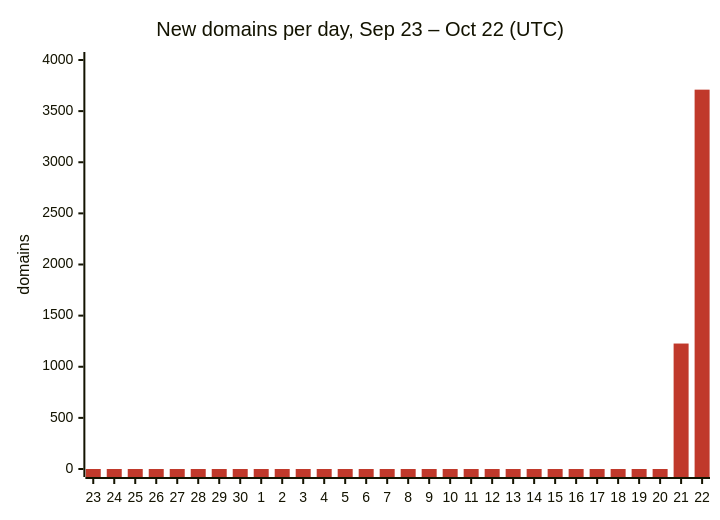
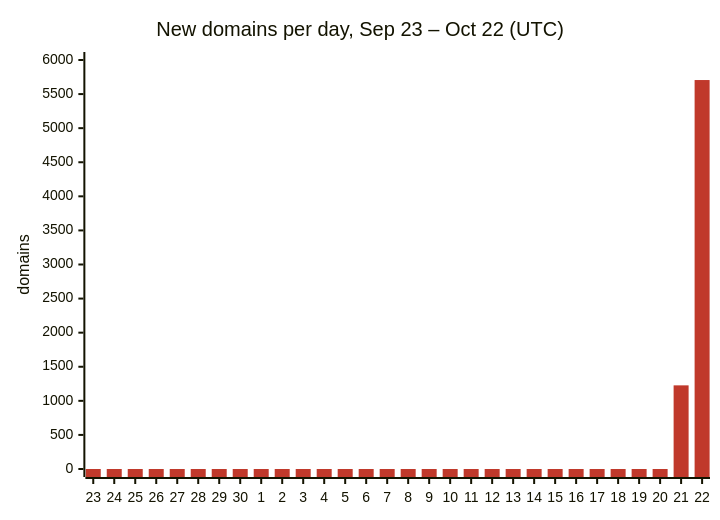
The first of 3 diagrams in README.md (DNSBunker/CTI), drawn with Mermaid before and after one commit. The commit also changed other lines of this file and 3 other files, not shown here.

````diff
--- a/README.md
+++ b/README.md
@@ -29,8 +29,8 @@
 ```mermaid
 %%{init: {"themeVariables": {"xyChart": {"plotColorPalette": "#c0392b"}}}}%%
 xychart-beta
     title "New domains per day, Sep 23 – Oct 22 (UTC)"
     x-axis ["23", "24", "25", "26", "27", "28", "29", "30", "1", "2", "3", "4", "5", "6", "7", "8", "9", "10", "11", "12", "13", "14", "15", "16", "17", "18", "19", "20", "21", "22"]
-    y-axis "domains" 0 --> 4000
-    bar [0, 0, 0, 0, 0, 0, 0, 0, 0, 0, 0, 0, 0, 0, 0, 0, 0, 0, 0, 0, 0, 0, 0, 0, 0, 0, 0, 0, 1227, 3710]
+    y-axis "domains" 0 --> 6000
+    bar [0, 0, 0, 0, 0, 0, 0, 0, 0, 0, 0, 0, 0, 0, 0, 0, 0, 0, 0, 0, 0, 0, 0, 0, 0, 0, 0, 0, 1227, 5706]
 ```
````
